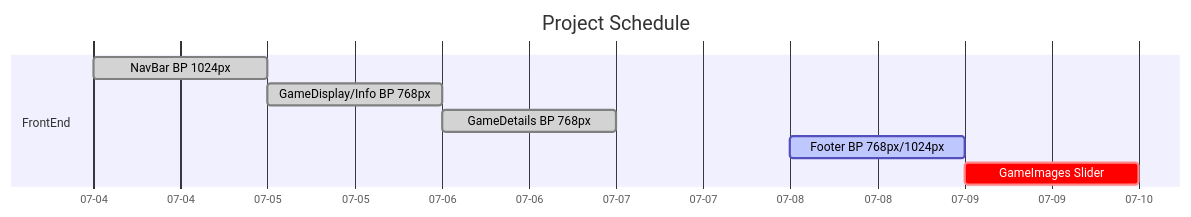
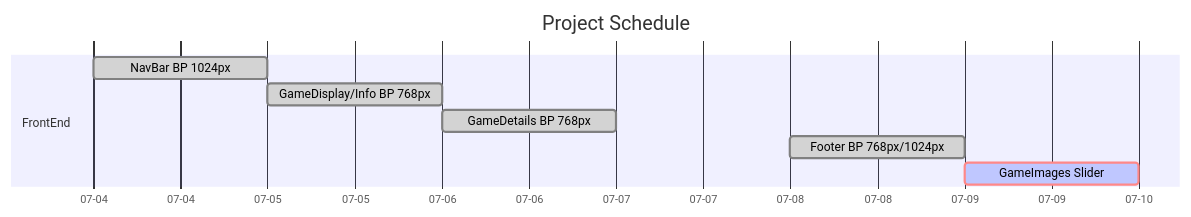
One commit to RafaelM011/Nintendo_Website changed the diagram in README.md. Above: the diagram before and after it, drawn with Mermaid. The commit also changed other lines of this file, not shown here.

````diff
--- a/README.md
+++ b/README.md
@@ -12,12 +12,12 @@
 ```mermaid
     gantt
         title Project Schedule
         dateFormat MM-DD
         axisFormat %m-%d
         section FrontEnd
             NavBar BP 1024px                :done, 07-04, 1d
             GameDisplay/Info BP 768px       :done, 07-05, 1d
             GameDetails BP 768px            :done, 07-06, 1d
-            Footer BP 768px/1024px          :active, 07-08, 1d
-            GameImages Slider               :crit, 07-09, 1d
+            Footer BP 768px/1024px          :done, 07-08, 1d
+            GameImages Slider               :crit,active, 07-09, 1d
 ```
````
